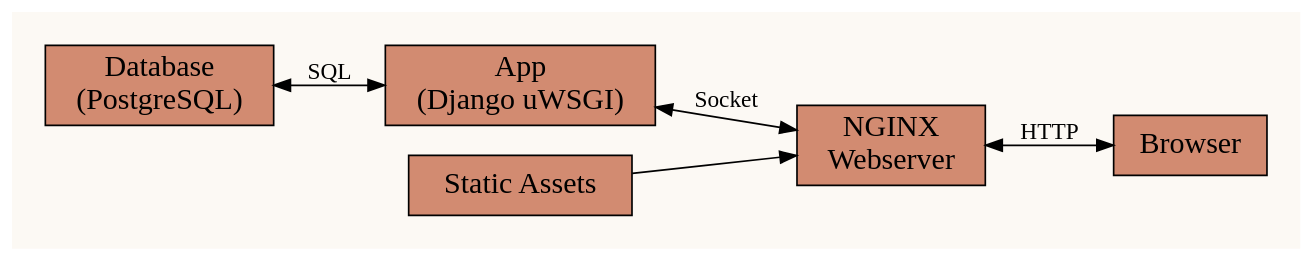
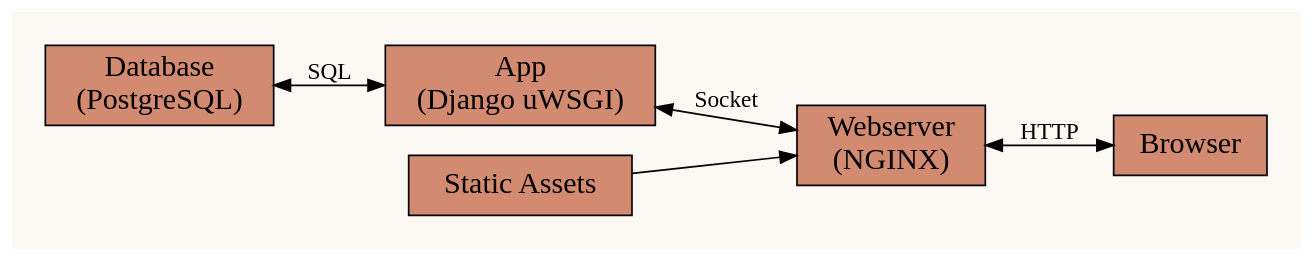
Before and after one commit to hnarayanan/harishnarayanan.org: the diagram in static/images/writing/kubernetes-django/standard-django-application.dot, drawn with Graphviz. The commit also changed 4 other files, not shown here.

Commit message:
Polish first two svg graphics

```diff
--- a/static/images/writing/kubernetes-django/standard-django-application.dot
+++ b/static/images/writing/kubernetes-django/standard-django-application.dot
@@ -1,23 +1,23 @@
 digraph Application {
     bgcolor = "#fcf9f4";
     rankdir = LR;
     node[shape=box, fontsize=18, style=filled, fillcolor="#d28b71"];
 
     subgraph clusterClient {
-    	style = invis;
-    	browser [label="Browser"];
+        style = invis;
+        browser [label="Browser"];
     };
     subgraph clusterServer {
-	bgcolor = "#f5eeeb";
-    	style = invis;
-    	app [label="App\n(Django uWSGI)"];
-    	database [label="Database\n(PostgreSQL)"];
-    	assets [label="Static Assets"];
-	webserver [label="NGINX\nWebserver"];
+        bgcolor = "#f5eeeb";
+        style = invis;
+        app [label="App\n(Django uWSGI)"];
+        database [label="Database\n(PostgreSQL)"];
+        assets [label="Static Assets"];
+        webserver [label="Webserver\n(NGINX)"];
     };
 
     database -> app [label="SQL", dir="both"];
     app -> webserver [label="Socket", dir="both"];
     assets -> webserver;
     webserver -> browser [label="HTTP", dir="both"];
 }
```
